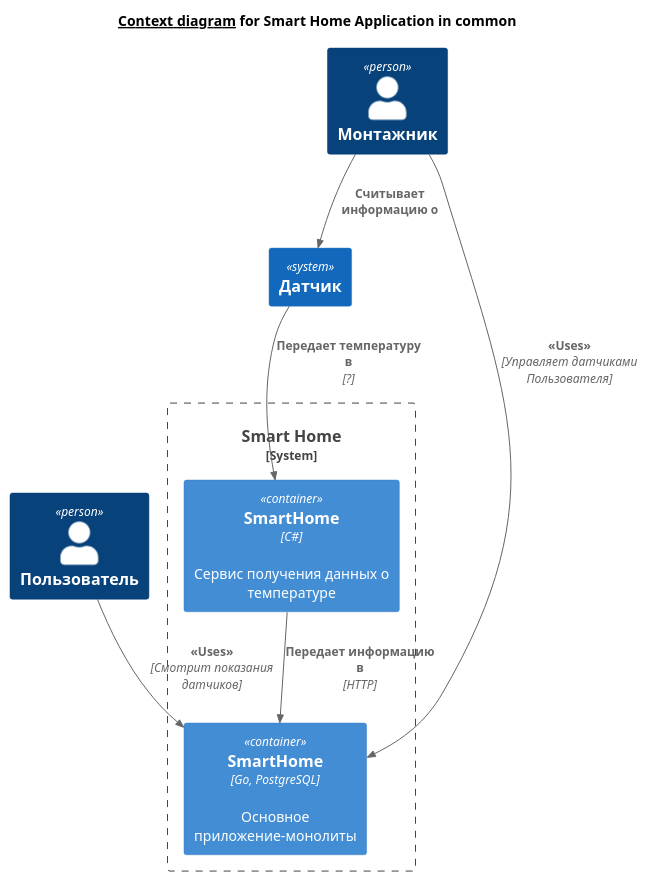
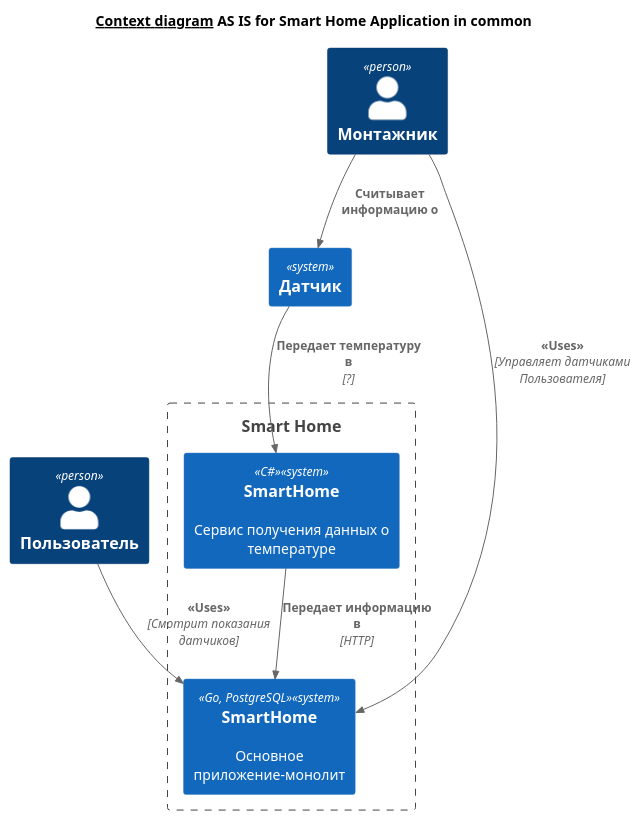
The diagram in diargramms/as_is/c4_context_asis.puml (Ogonik/architecture-warmhouse), drawn with PlantUML before and after one commit. The commit also changed 9 other files, not shown here.

Commit message:
Sprint 1. Task 2. Context diagrams to be

```diff
--- a/diargramms/as_is/c4_context_asis.puml
+++ b/diargramms/as_is/c4_context_asis.puml
@@ -1,21 +1,22 @@
 @startuml Basic Sample
 !include https://raw.githubusercontent.com/plantuml-stdlib/C4-PlantUML/master/C4_Container.puml
+!include https://raw.githubusercontent.com/plantuml-stdlib/C4-PlantUML/master/C4_Context.puml
 title
- <u>Context diagram</u> for Smart Home Application in common
+ <u>Context diagram</u> AS IS for Smart Home Application in common
 end title
 
 Person(user, "Пользователь")
 Person(impl, "Монтажник")
 
-System_Boundary(c1, "Smart Home") {
-    Container(main_app, "SmartHome ", "Go, PostgreSQL", "Основное приложение-монолиты")
-    Container(temperature_app, "SmartHome", "C#", "Сервис получения данных о температуре")
+Boundary(c1, "Smart Home") {
+    System(main_app, "SmartHome ", "Основное приложение-монолит", "", "Go, PostgreSQL")
+    System(temperature_app, "SmartHome", "Сервис получения данных о температуре", "", "C#")
 }
 System(sensor, "Датчик")
 
 Rel(user, main_app, "<<Uses>>", "Смотрит показания датчиков")
 Rel(impl, main_app, "<<Uses>>", "Управляет датчиками Пользователя")
 Rel(impl, sensor, "Считывает информацию о", "")
 Rel(sensor, temperature_app, "Передает температуру в", "?")
 Rel(temperature_app, main_app, "Передает информацию в ", "HTTP")
 @enduml
```
